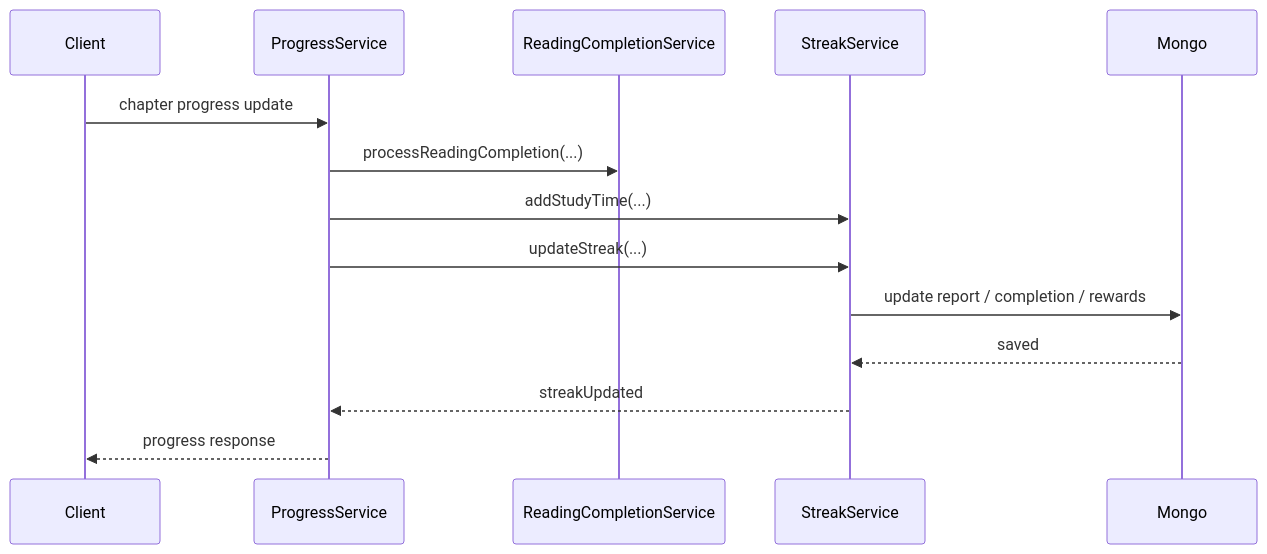
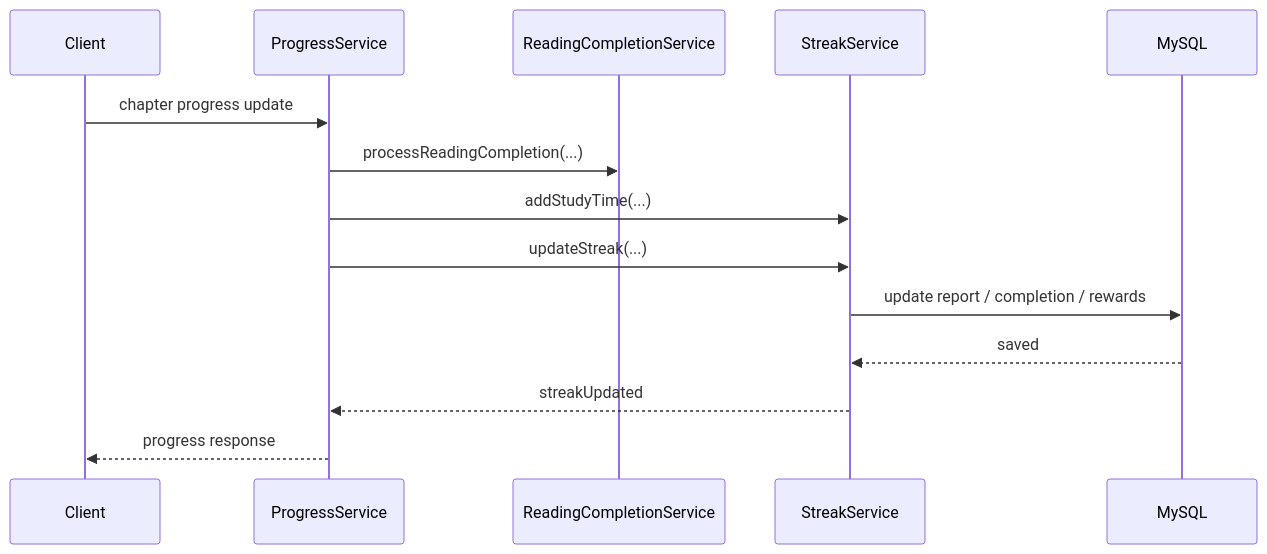
One commit to SWM16-ASAP/back-server changed the second of 2 diagrams in docs/architecture/streak.md. Above: the diagram before and after it, drawn with Mermaid. The commit also changed other lines of this file and 202 other files, not shown here.

````diff
--- a/docs/architecture/streak.md
+++ b/docs/architecture/streak.md
@@ -65,17 +67,17 @@
 ```mermaid
 sequenceDiagram
     participant Client
     participant ProgressService
     participant ReadingCompletionService
     participant StreakService
-    participant Mongo
+    participant MySQL
 
     Client->>ProgressService: chapter progress update
     ProgressService->>ReadingCompletionService: processReadingCompletion(...)
     ProgressService->>StreakService: addStudyTime(...)
     ProgressService->>StreakService: updateStreak(...)
-    StreakService->>Mongo: update report / completion / rewards
-    Mongo-->>StreakService: saved
+    StreakService->>MySQL: update report / completion / rewards
+    MySQL-->>StreakService: saved
     StreakService-->>ProgressService: streakUpdated
     ProgressService-->>Client: progress response
 ```
````
